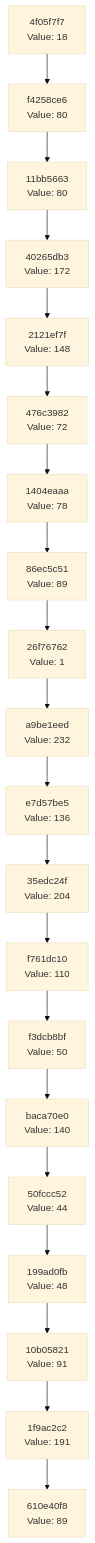
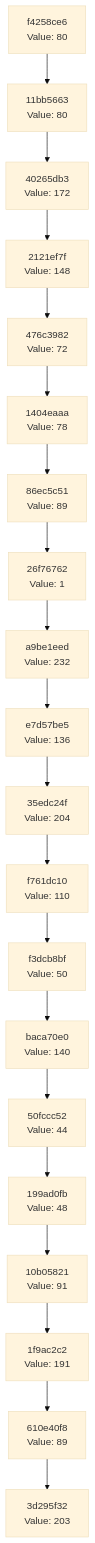
One commit to Abhisheksinha1506/hash-chain-evolver changed the diagram in docs/CHAIN_VISUALIZATION.md. Above: the diagram before and after it, drawn with Mermaid (base theme). The commit also changed 3 other files, not shown here.

````diff
--- a/docs/CHAIN_VISUALIZATION.md
+++ b/docs/CHAIN_VISUALIZATION.md
@@ -3,42 +3,42 @@
 ```mermaid
 graph TD
-    C0["610e40f8<br/>Value: 89"]
-    C1["1f9ac2c2<br/>Value: 191"]
+    C0["3d295f32<br/>Value: 203"]
+    C1["610e40f8<br/>Value: 89"]
     C1 --> C0
-    C2["10b05821<br/>Value: 91"]
+    C2["1f9ac2c2<br/>Value: 191"]
     C2 --> C1
-    C3["199ad0fb<br/>Value: 48"]
+    C3["10b05821<br/>Value: 91"]
     C3 --> C2
-    C4["50fccc52<br/>Value: 44"]
+    C4["199ad0fb<br/>Value: 48"]
     C4 --> C3
-    C5["baca70e0<br/>Value: 140"]
+    C5["50fccc52<br/>Value: 44"]
     C5 --> C4
-    C6["f3dcb8bf<br/>Value: 50"]
+    C6["baca70e0<br/>Value: 140"]
     C6 --> C5
-    C7["f761dc10<br/>Value: 110"]
+    C7["f3dcb8bf<br/>Value: 50"]
     C7 --> C6
-    C8["35edc24f<br/>Value: 204"]
+    C8["f761dc10<br/>Value: 110"]
     C8 --> C7
-    C9["e7d57be5<br/>Value: 136"]
+    C9["35edc24f<br/>Value: 204"]
     C9 --> C8
-    C10["a9be1eed<br/>Value: 232"]
+    C10["e7d57be5<br/>Value: 136"]
     C10 --> C9
-    C11["26f76762<br/>Value: 1"]
+    C11["a9be1eed<br/>Value: 232"]
     C11 --> C10
-    C12["86ec5c51<br/>Value: 89"]
+    C12["26f76762<br/>Value: 1"]
     C12 --> C11
-    C13["1404eaaa<br/>Value: 78"]
+    C13["86ec5c51<br/>Value: 89"]
     C13 --> C12
-    C14["476c3982<br/>Value: 72"]
+    C14["1404eaaa<br/>Value: 78"]
     C14 --> C13
-    C15["2121ef7f<br/>Value: 148"]
+    C15["476c3982<br/>Value: 72"]
     C15 --> C14
-    C16["40265db3<br/>Value: 172"]
+    C16["2121ef7f<br/>Value: 148"]
     C16 --> C15
-    C17["11bb5663<br/>Value: 80"]
+    C17["40265db3<br/>Value: 172"]
     C17 --> C16
-    C18["f4258ce6<br/>Value: 80"]
+    C18["11bb5663<br/>Value: 80"]
     C18 --> C17
-    C19["4f05f7f7<br/>Value: 18"]
+    C19["f4258ce6<br/>Value: 80"]
     C19 --> C18
 ```
````
